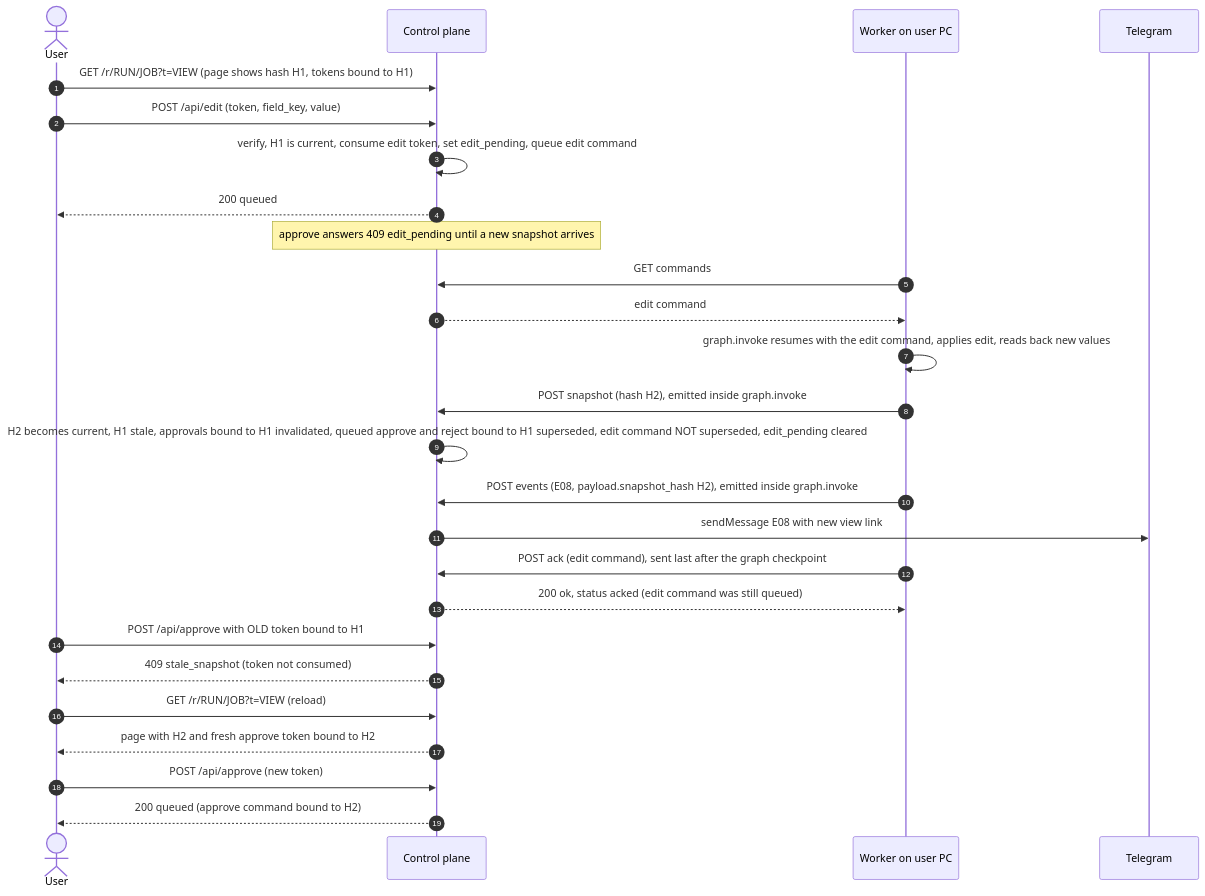
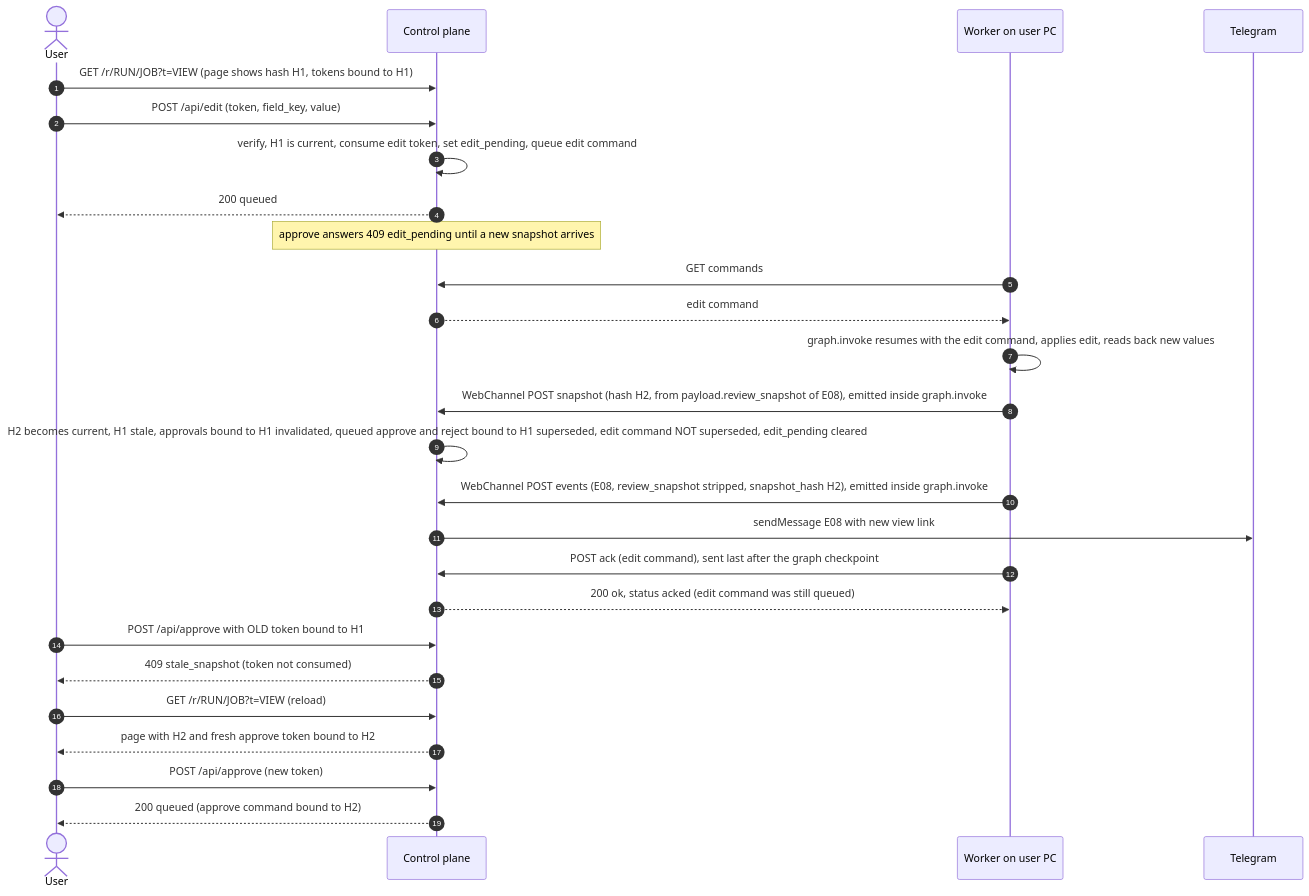
One commit to Balaastratech/hulchul-operator changed the second of 2 diagrams in docs/03-architecture/CONTROL_PLANE_API.md. Above: the diagram before and after it, drawn with Mermaid. The commit also changed other lines of this file and 2 other files, not shown here.

Commit message:
[kiro][T-021] docs: control plane API rev 3 (review round 2 fixes)

````diff
--- a/docs/03-architecture/CONTROL_PLANE_API.md
+++ b/docs/03-architecture/CONTROL_PLANE_API.md
@@ -423,28 +445,28 @@
 ```mermaid
 sequenceDiagram
     autonumber
     actor U as User
     participant CP as Control plane
     participant W as Worker on user PC
     participant TG as Telegram
     U->>CP: GET /r/RUN/JOB?t=VIEW (page shows hash H1, tokens bound to H1)
     U->>CP: POST /api/edit (token, field_key, value)
     CP->>CP: verify, H1 is current, consume edit token, set edit_pending, queue edit command
     CP-->>U: 200 queued
     Note over CP: approve answers 409 edit_pending until a new snapshot arrives
     W->>CP: GET commands
     CP-->>W: edit command
     W->>W: graph.invoke resumes with the edit command, applies edit, reads back new values
-    W->>CP: POST snapshot (hash H2), emitted inside graph.invoke
+    W->>CP: WebChannel POST snapshot (hash H2, from payload.review_snapshot of E08), emitted inside graph.invoke
     CP->>CP: H2 becomes current, H1 stale, approvals bound to H1 invalidated, queued approve and reject bound to H1 superseded, edit command NOT superseded, edit_pending cleared
-    W->>CP: POST events (E08, payload.snapshot_hash H2), emitted inside graph.invoke
+    W->>CP: WebChannel POST events (E08, review_snapshot stripped, snapshot_hash H2), emitted inside graph.invoke
     CP->>TG: sendMessage E08 with new view link
     W->>CP: POST ack (edit command), sent last after the graph checkpoint
     CP-->>W: 200 ok, status acked (edit command was still queued)
     U->>CP: POST /api/approve with OLD token bound to H1
     CP-->>U: 409 stale_snapshot (token not consumed)
     U->>CP: GET /r/RUN/JOB?t=VIEW (reload)
     CP-->>U: page with H2 and fresh approve token bound to H2
     U->>CP: POST /api/approve (new token)
     CP-->>U: 200 queued (approve command bound to H2)
 ```
````
